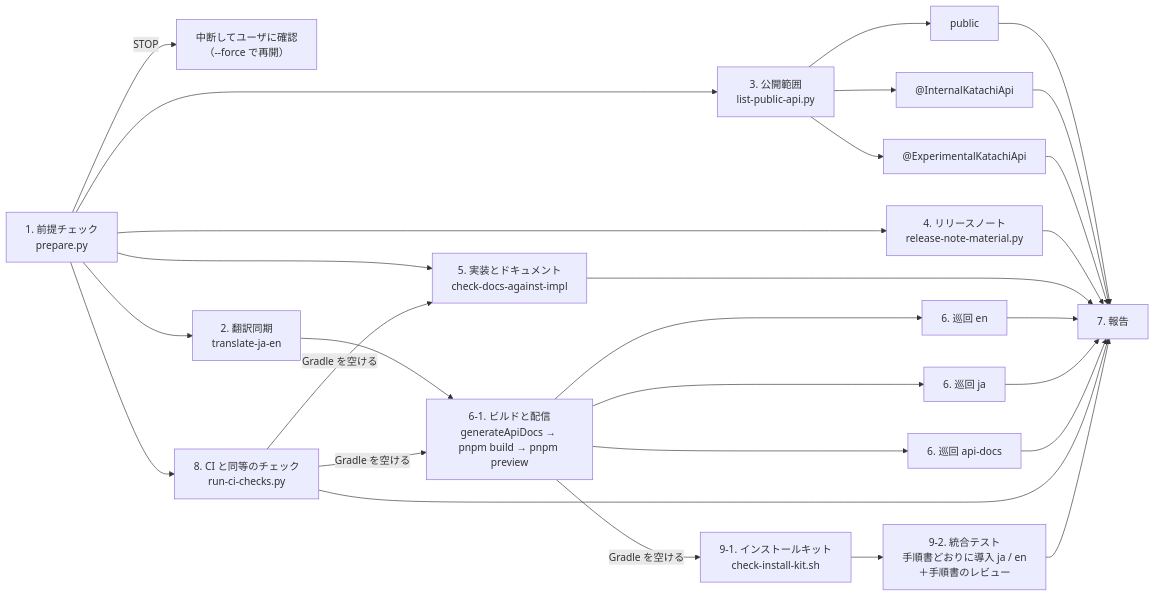
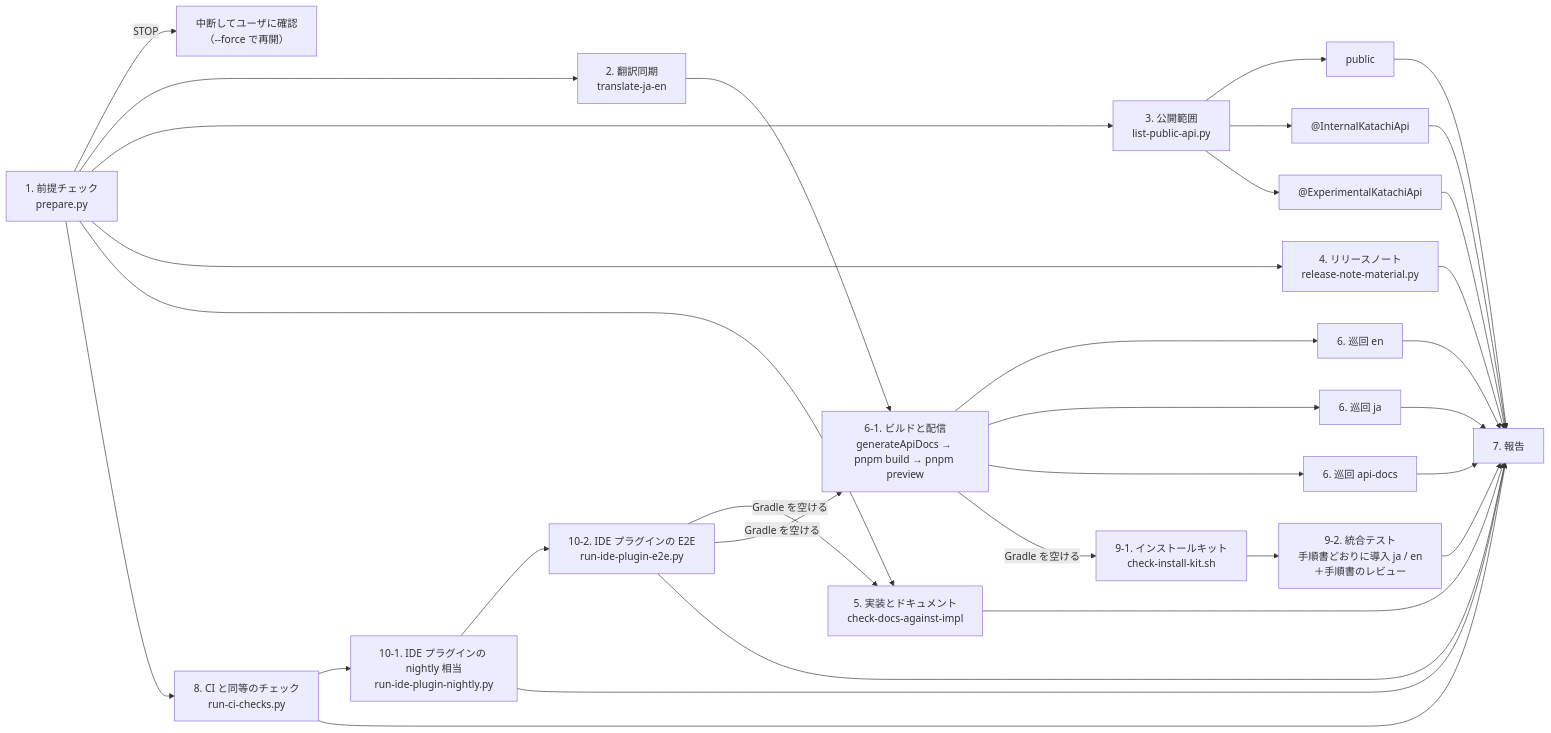
The diagram in .claude/skills/prerelease/SKILL.md (TBSten/katachi), drawn with Mermaid before and after one commit. The commit also changed other lines of this file and 6 other files, not shown here.

First line of the commit message:
chore(skills/prerelease): IDE プラグインの nightly 相当のチェックと E2E を手順 10 として足す

````diff
--- a/.claude/skills/prerelease/SKILL.md
+++ b/.claude/skills/prerelease/SKILL.md
@@ -20,16 +20,18 @@
 ```mermaid
 flowchart LR
     P["1. 前提チェック<br/>prepare.py"] -- " STOP " --> Ask["中断してユーザに確認<br/>（--force で再開）"]
     P --> T["2. 翻訳同期<br/>translate-ja-en"]
     P --> V["3. 公開範囲<br/>list-public-api.py"]
     P --> R["4. リリースノート<br/>release-note-material.py"]
     P --> D["5. 実装とドキュメント<br/>check-docs-against-impl"]
     P --> CI["8. CI と同等のチェック<br/>run-ci-checks.py"]
     V --> V1["public"] & V2["@InternalKatachiApi"] & V3["@ExperimentalKatachiApi"]
     T --> B["6-1. ビルドと配信<br/>generateApiDocs → pnpm build → pnpm preview"]
     B --> C1["6. 巡回 en"] & C2["6. 巡回 ja"] & C3["6. 巡回 api-docs"]
-    CI -- " Gradle を空ける " --> D & B
+    CI --> N["10-1. IDE プラグインの nightly 相当<br/>run-ide-plugin-nightly.py"]
+    N --> E2["10-2. IDE プラグインの E2E<br/>run-ide-plugin-e2e.py"]
+    E2 -- " Gradle を空ける " --> D & B
     B -- " Gradle を空ける " --> IK["9-1. インストールキット<br/>check-install-kit.sh"]
     IK --> IE["9-2. 統合テスト<br/>手順書どおりに導入 ja / en<br/>＋手順書のレビュー"]
-    V1 & V2 & V3 & R & D & C1 & C2 & C3 & CI & IE --> Rep["7. 報告"]
+    V1 & V2 & V3 & R & D & C1 & C2 & C3 & CI & N & E2 & IE --> Rep["7. 報告"]
 ```
````
